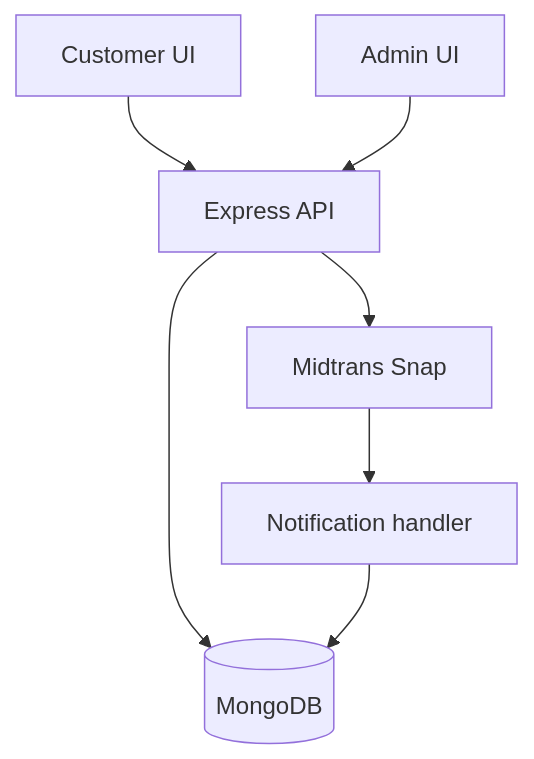
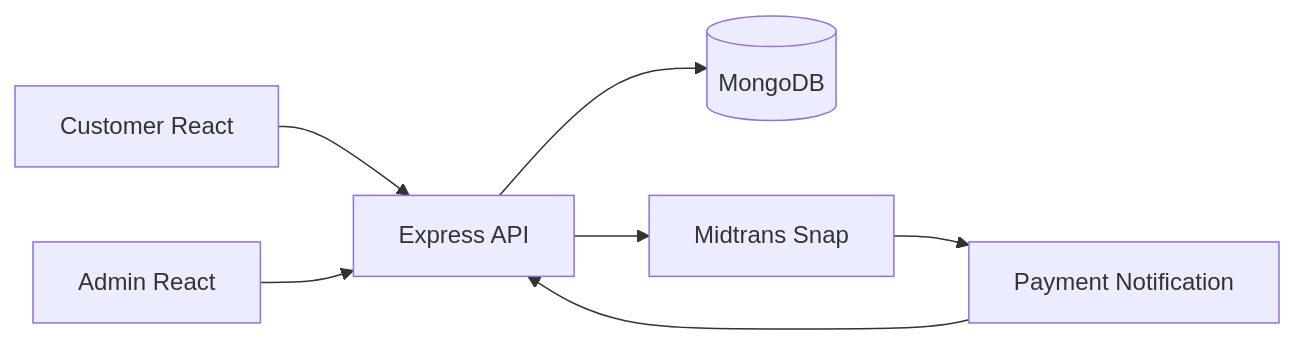
One commit to HidayahMF/kantinpintarv2 changed the first of 5 diagrams in docs/development-pipeline.md. Above: the diagram before and after it, drawn with Mermaid. The commit also changed other lines of this file, not shown here.

````diff
--- a/docs/development-pipeline.md
+++ b/docs/development-pipeline.md
@@ -25,9 +9,9 @@
 ```mermaid
-flowchart TD
- C["Customer UI"] --> A["Express API"]
- U["Admin UI"] --> A
- A --> D[("MongoDB")]
- A --> P["Midtrans Snap"]
- P --> W["Notification handler"]
- W --> D
+flowchart LR
+    C[Customer React] --> A[Express API]
+    ADM[Admin React] --> A
+    A --> DB[(MongoDB)]
+    A --> M[Midtrans Snap]
+    M --> W[Payment Notification]
+    W --> A
 ```
````
